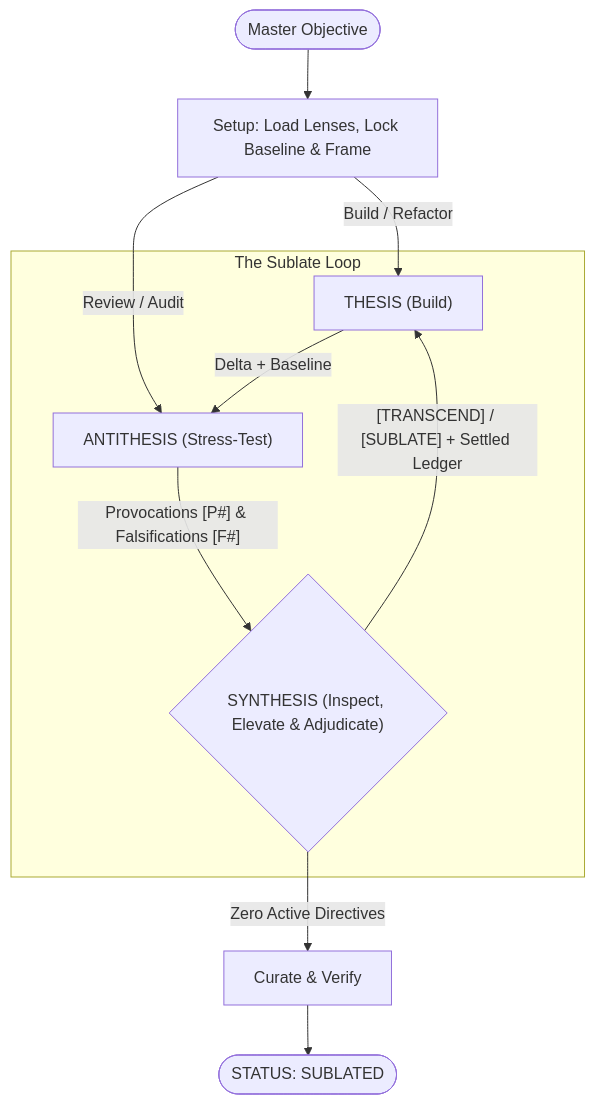
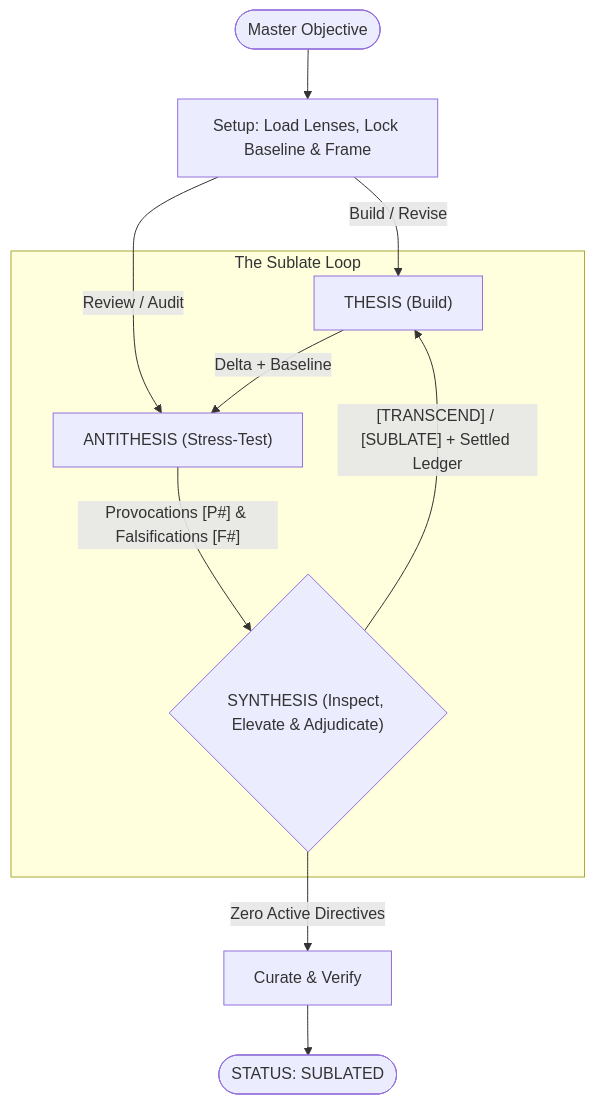
The diagram in README.md (jessetane/sublate), drawn with Mermaid before and after one commit. The commit also changed other lines of this file and 1 other file, not shown here.

````diff
--- a/README.md
+++ b/README.md
@@ -20,15 +20,15 @@
 ```mermaid
 flowchart TD
     Start(["Master Objective"]) --> Setup["Setup: Load Lenses, Lock Baseline & Frame"]
-    Setup -->|"Build / Refactor"| Thesis["THESIS (Build)"]
+    Setup -->|"Build / Revise"| Thesis["THESIS (Build)"]
     Setup -->|"Review / Audit"| Antithesis["ANTITHESIS (Stress-Test)"]
 
     subgraph Loop ["The Sublate Loop"]
         Thesis -->|"Delta + Baseline"| Antithesis
         Antithesis -->|"Provocations [P#] & Falsifications [F#]"| Synthesis{"SYNTHESIS (Inspect, Elevate & Adjudicate)"}
         Synthesis -->|"[TRANSCEND] / [SUBLATE] + Settled Ledger"| Thesis
     end
 
     Synthesis -->|"Zero Active Directives"| Curate["Curate & Verify"]
     Curate --> Complete(["STATUS: SUBLATED"])
 ```
````
